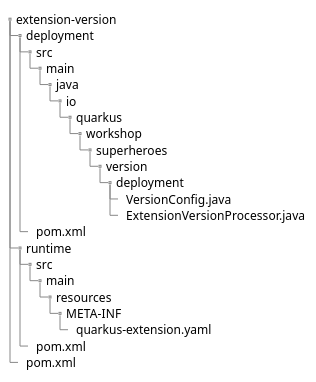
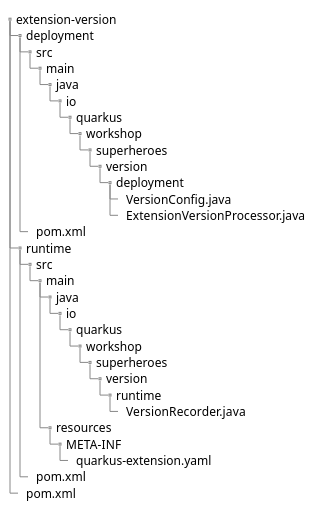
One commit to quarkusio/quarkus-workshops changed the second of 2 diagrams in quarkus-workshop-super-heroes/docs/src/docs/asciidoc/8-quarkus-extension/extension.adoc. Above: the diagram before and after it, drawn with PlantUML. The commit also changed 4 other files, not shown here.

```diff
--- a/quarkus-workshop-super-heroes/docs/src/docs/asciidoc/8-quarkus-extension/extension.adoc
+++ b/quarkus-workshop-super-heroes/docs/src/docs/asciidoc/8-quarkus-extension/extension.adoc
@@ -73,32 +73,40 @@
 [plantuml]
 ----
 @startsalt
 {
 {
 T
 extension-version
 +  deployment
 ++  src
 +++  main
 ++++  java
 +++++  io
 ++++++  quarkus
 +++++++  workshop
 ++++++++  superheroes
 +++++++++  version
 ++++++++++  deployment
 +++++++++++  VersionConfig.java
 +++++++++++  ExtensionVersionProcessor.java
 ++  pom.xml
 +  runtime
 ++  src
 +++  main
+++++  java
++++++  io
+++++++  quarkus
++++++++  workshop
+++++++++  superheroes
++++++++++  version
+++++++++++  runtime
++++++++++++  VersionRecorder.java
 ++++  resources
 +++++  META-INF
 ++++++  quarkus-extension.yaml
 ++  pom.xml
 +  pom.xml
 }
 }
 @endsalt
 ----
```
